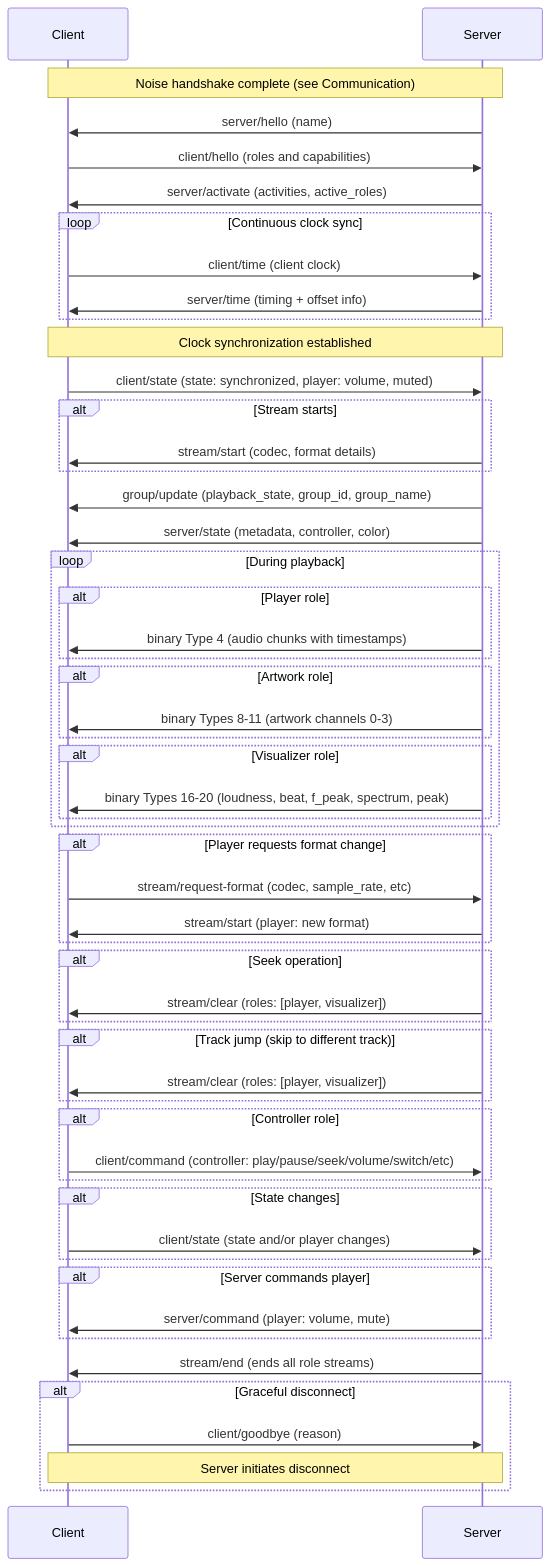
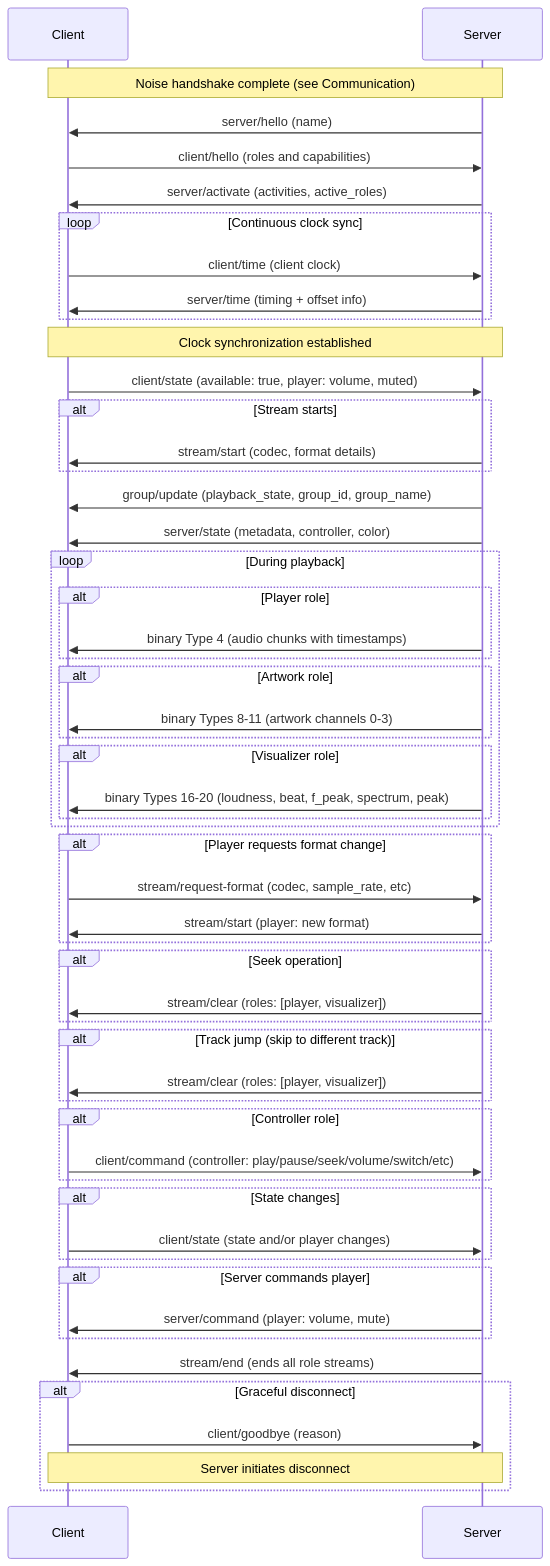
Before and after one commit to Resonate-Protocol/spec: the first of 4 diagrams in README.md, drawn with Mermaid. The commit also changed other lines of this file, not shown here.

Commit message:
Rename client `state` to a boolean `available`

````diff
--- a/README.md
+++ b/README.md
@@ -347,70 +347,70 @@
 ```mermaid
 sequenceDiagram
     participant Client
     participant Server
 
     Note over Client,Server: Noise handshake complete (see Communication)
 
     Server->>Client: server/hello (name)
     Client->>Server: client/hello (roles and capabilities)
     Server->>Client: server/activate (activities, active_roles)
 
     loop Continuous clock sync
         Client->>Server: client/time (client clock)
         Server->>Client: server/time (timing + offset info)
     end
 
     Note over Client,Server: Clock synchronization established
-    Client->>Server: client/state (state: synchronized, player: volume, muted)
+    Client->>Server: client/state (available: true, player: volume, muted)
 
     alt Stream starts
         Server->>Client: stream/start (codec, format details)
     end
 
     Server->>Client: group/update (playback_state, group_id, group_name)
     Server->>Client: server/state (metadata, controller, color)
 
     loop During playback
         alt Player role
             Server->>Client: binary Type 4 (audio chunks with timestamps)
         end
         alt Artwork role
             Server->>Client: binary Types 8-11 (artwork channels 0-3)
         end
         alt Visualizer role
             Server->>Client: binary Types 16-20 (loudness, beat, f_peak, spectrum, peak)
         end
     end
 
     alt Player requests format change
         Client->>Server: stream/request-format (codec, sample_rate, etc)
         Server->>Client: stream/start (player: new format)
     end
 
     alt Seek operation
         Server->>Client: stream/clear (roles: [player, visualizer])
     end
 
     alt Track jump (skip to different track)
         Server->>Client: stream/clear (roles: [player, visualizer])
     end
 
     alt Controller role
         Client->>Server: client/command (controller: play/pause/seek/volume/switch/etc)
     end
 
     alt State changes
         Client->>Server: client/state (state and/or player changes)
     end
 
     alt Server commands player
         Server->>Client: server/command (player: volume, mute)
     end
 
     Server->>Client: stream/end (ends all role streams)
 
     alt Graceful disconnect
         Client->>Server: client/goodbye (reason)
         Note over Client,Server: Server initiates disconnect
     end
 ```
````
